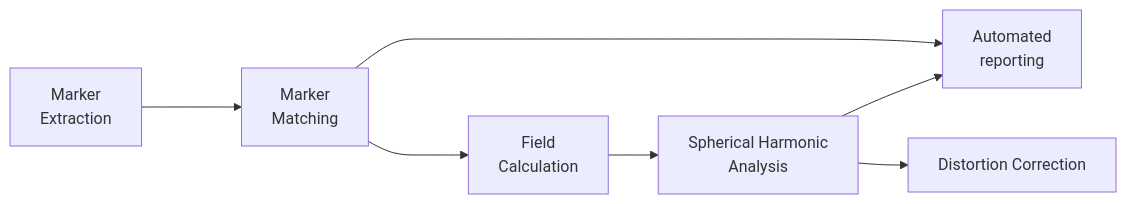
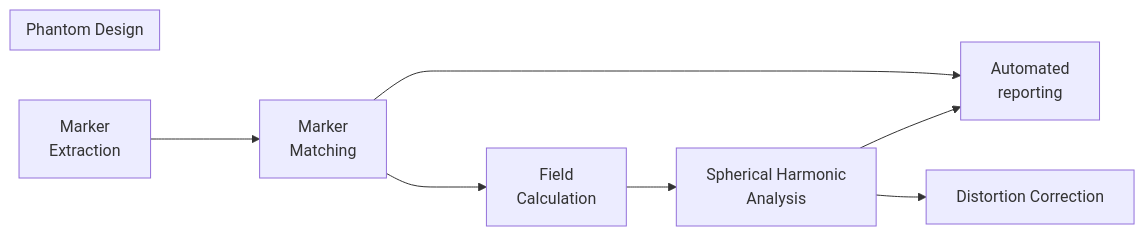
The diagram in README.md (Image-X-Institute/mri_distortion_toolkit), drawn with Mermaid before and after one commit. The commit also changed 1 other file, not shown here.

Commit message:
update readme with new module

````diff
--- a/README.md
+++ b/README.md
@@ -10,15 +10,18 @@
 ```mermaid
+
 flowchart LR
+subgraph AA[Phantom Design]
+end
     A[Marker <br>Extraction]--->B[Marker <br>Matching]
     B[Marker <br>Matching]--->C[Field <br> Calculation] & E[Automated <br>reporting]
     C[Field <br> Calculation]-->D[Spherical Harmonic <br>Analysis]
     D[Spherical Harmonic <br>Analysis]-->E[Automated <br>reporting];
     D[Spherical Harmonic <br>Analysis]-->F[Distortion Correction]
-
+	
     click A "https://acrf-image-x-institute.github.io/mri_distortion_toolkit/code_docs.html#MRI_DistortionQA.MarkerAnalysis.MarkerVolume"
     click B "https://acrf-image-x-institute.github.io/mri_distortion_toolkit/code_docs.html#MRI_DistortionQA.MarkerAnalysis.MatchedMarkerVolumes"
     click C "https://acrf-image-x-institute.github.io/mri_distortion_toolkit/code_docs.html#MRI_DistortionQA.FieldCalculation.ConvertMatchedMarkersToBz"
     click D "https://acrf-image-x-institute.github.io/mri_distortion_toolkit/code_docs.html#MRI_DistortionQA.FieldAnalysis.SphericalHarmonicFit"
     click E "https://acrf-image-x-institute.github.io/mri_distortion_toolkit/code_docs.html#MRI_DistortionQA.Reports.MRI_QA_Reporter"
 
 ```
````
